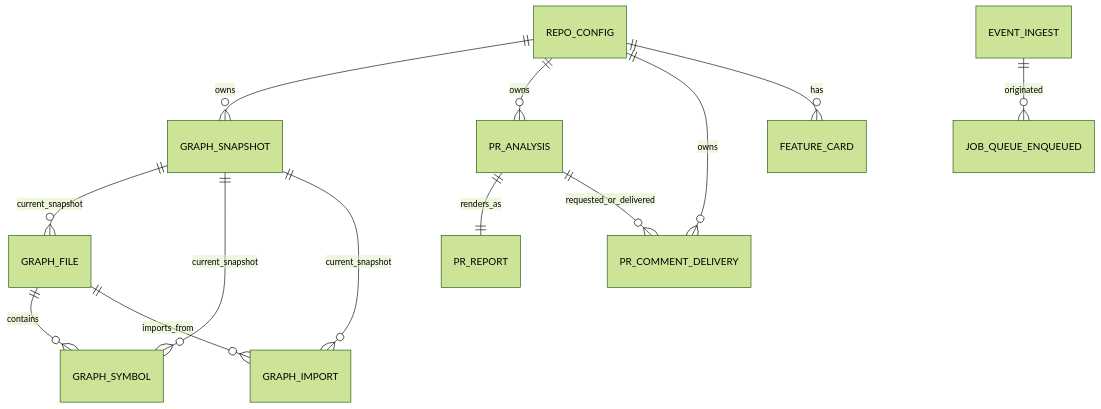
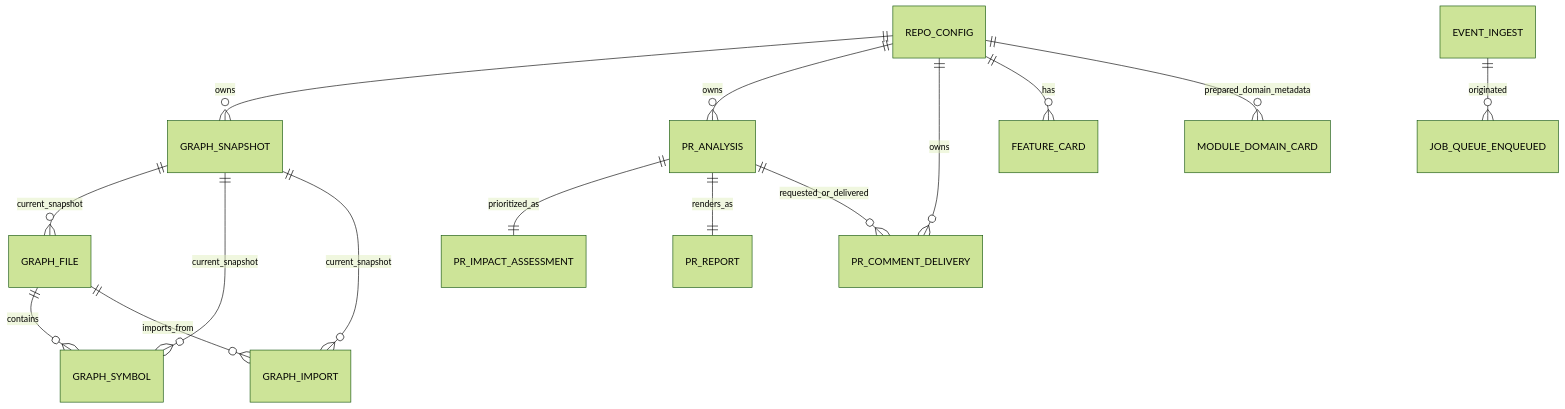
Diagram 12 of 12 in docs/ARCHITECTURE.md (naeemdadi/impact-analysis), drawn with Mermaid (forest theme) before and after one commit. The commit also changed other lines of this file and 14 other files, not shown here.

````diff
--- a/docs/ARCHITECTURE.md
+++ b/docs/ARCHITECTURE.md
@@ -447,15 +495,17 @@
 ```mermaid
 erDiagram
   REPO_CONFIG ||--o{ GRAPH_SNAPSHOT : owns
   GRAPH_SNAPSHOT ||--o{ GRAPH_FILE : current_snapshot
   GRAPH_SNAPSHOT ||--o{ GRAPH_SYMBOL : current_snapshot
   GRAPH_SNAPSHOT ||--o{ GRAPH_IMPORT : current_snapshot
   GRAPH_FILE ||--o{ GRAPH_SYMBOL : contains
   GRAPH_FILE ||--o{ GRAPH_IMPORT : imports_from
   REPO_CONFIG ||--o{ PR_ANALYSIS : owns
+  PR_ANALYSIS ||--|| PR_IMPACT_ASSESSMENT : prioritized_as
   PR_ANALYSIS ||--|| PR_REPORT : renders_as
   REPO_CONFIG ||--o{ PR_COMMENT_DELIVERY : owns
   PR_ANALYSIS ||--o{ PR_COMMENT_DELIVERY : requested_or_delivered
   REPO_CONFIG ||--o{ FEATURE_CARD : has
+  REPO_CONFIG ||--o{ MODULE_DOMAIN_CARD : prepared_domain_metadata
   EVENT_INGEST ||--o{ JOB_QUEUE_ENQUEUED : originated
 ```
````
